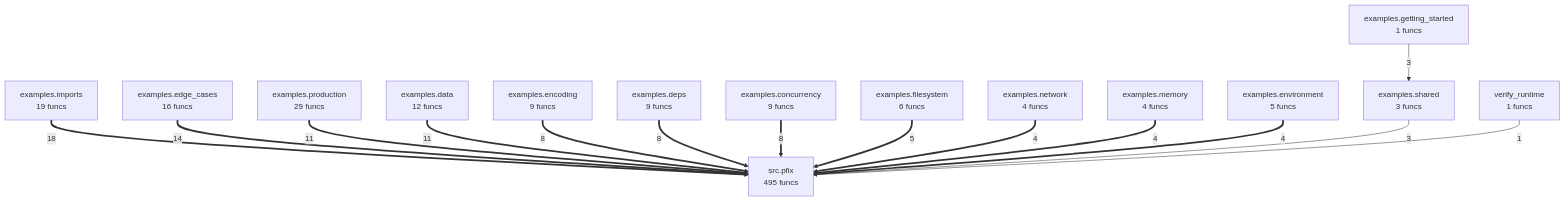
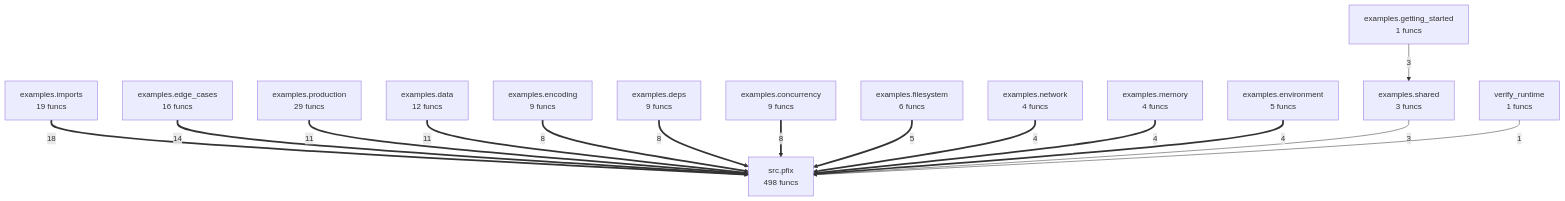
The diagram in project/compact_flow.mmd (semcod/pfix), drawn with Mermaid before and after one commit. The commit also changed 21 other files, not shown here.

```diff
--- a/project/compact_flow.mmd
+++ b/project/compact_flow.mmd
@@ -1,30 +1,30 @@
 flowchart TD
     examples__concurrency["examples.concurrency<br/>9 funcs"]
     examples__data["examples.data<br/>12 funcs"]
     examples__deps["examples.deps<br/>9 funcs"]
     examples__edge_cases["examples.edge_cases<br/>16 funcs"]
     examples__encoding["examples.encoding<br/>9 funcs"]
     examples__environment["examples.environment<br/>5 funcs"]
     examples__filesystem["examples.filesystem<br/>6 funcs"]
     examples__getting_started["examples.getting_started<br/>1 funcs"]
     examples__imports["examples.imports<br/>19 funcs"]
     examples__memory["examples.memory<br/>4 funcs"]
     examples__network["examples.network<br/>4 funcs"]
     examples__production["examples.production<br/>29 funcs"]
     examples__shared["examples.shared<br/>3 funcs"]
-    src__pfix["src.pfix<br/>495 funcs"]
+    src__pfix["src.pfix<br/>498 funcs"]
     verify_runtime["verify_runtime<br/>1 funcs"]
     examples__imports ==>|18| src__pfix
     examples__edge_cases ==>|14| src__pfix
     examples__production ==>|11| src__pfix
     examples__data ==>|11| src__pfix
     examples__encoding ==>|8| src__pfix
     examples__deps ==>|8| src__pfix
     examples__concurrency ==>|8| src__pfix
     examples__filesystem ==>|5| src__pfix
     examples__network ==>|4| src__pfix
     examples__memory ==>|4| src__pfix
     examples__environment ==>|4| src__pfix
     examples__shared -->|3| src__pfix
     examples__getting_started -->|3| examples__shared
     verify_runtime -->|1| src__pfix
```
